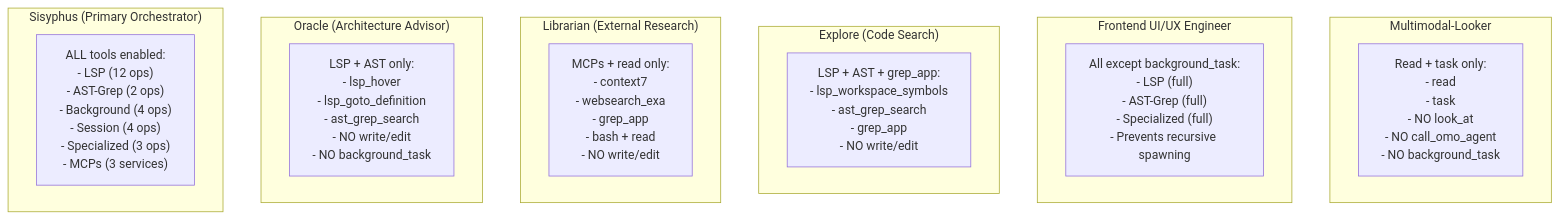
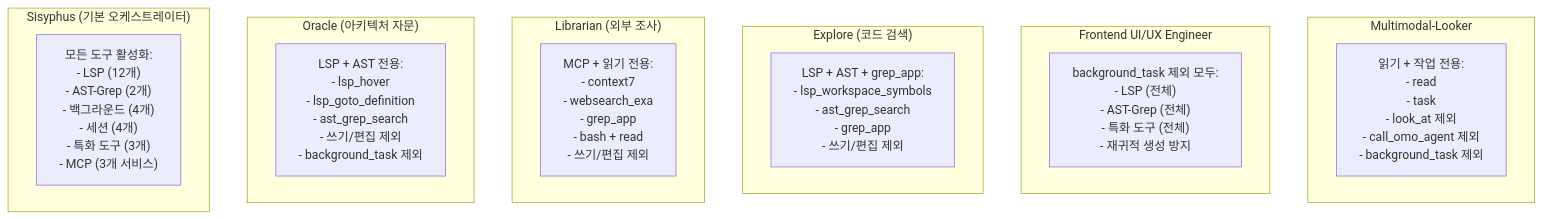
Before and after one commit to felipetruman/oh-my-opencode-docs: the fourth of 7 diagrams in docs/tools/tool-system.md, drawn with Mermaid. The commit also changed other lines of this file and 76 other files, not shown here.

````diff
--- a/docs/tools/tool-system.md
+++ b/docs/tools/tool-system.md
@@ -306,34 +290,34 @@
 ```mermaid
 flowchart TD
 
-MultimodalTools["Read + task only:<br>- read<br>- task<br>- NO look_at<br>- NO call_omo_agent<br>- NO background_task"]
-FrontendTools["All except background_task:<br>- LSP (full)<br>- AST-Grep (full)<br>- Specialized (full)<br>- Prevents recursive spawning"]
-ExploreTools["LSP + AST + grep_app:<br>- lsp_workspace_symbols<br>- ast_grep_search<br>- grep_app<br>- NO write/edit"]
-LibrarianTools["MCPs + read only:<br>- context7<br>- websearch_exa<br>- grep_app<br>- bash + read<br>- NO write/edit"]
-OracleTools["LSP + AST only:<br>- lsp_hover<br>- lsp_goto_definition<br>- ast_grep_search<br>- NO write/edit<br>- NO background_task"]
-SisyphusTools["ALL tools enabled:<br>- LSP (12 ops)<br>- AST-Grep (2 ops)<br>- Background (4 ops)<br>- Session (4 ops)<br>- Specialized (3 ops)<br>- MCPs (3 services)"]
+MultimodalTools["읽기 + 작업 전용:<br>- read<br>- task<br>- look_at 제외<br>- call_omo_agent 제외<br>- background_task 제외"]
+FrontendTools["background_task 제외 모두:<br>- LSP (전체)<br>- AST-Grep (전체)<br>- 특화 도구 (전체)<br>- 재귀적 생성 방지"]
+ExploreTools["LSP + AST + grep_app:<br>- lsp_workspace_symbols<br>- ast_grep_search<br>- grep_app<br>- 쓰기/편집 제외"]
+LibrarianTools["MCP + 읽기 전용:<br>- context7<br>- websearch_exa<br>- grep_app<br>- bash + read<br>- 쓰기/편집 제외"]
+OracleTools["LSP + AST 전용:<br>- lsp_hover<br>- lsp_goto_definition<br>- ast_grep_search<br>- 쓰기/편집 제외<br>- background_task 제외"]
+SisyphusTools["모든 도구 활성화:<br>- LSP (12개)<br>- AST-Grep (2개)<br>- 백그라운드 (4개)<br>- 세션 (4개)<br>- 특화 도구 (3개)<br>- MCP (3개 서비스)"]
 
 subgraph Multimodal ["Multimodal-Looker"]
     MultimodalTools
 end
 
 subgraph Frontend ["Frontend UI/UX Engineer"]
     FrontendTools
 end
 
-subgraph Explore ["Explore (Code Search)"]
+subgraph Explore ["Explore (코드 검색)"]
     ExploreTools
 end
 
-subgraph Librarian ["Librarian (External Research)"]
+subgraph Librarian ["Librarian (외부 조사)"]
     LibrarianTools
 end
 
-subgraph Oracle ["Oracle (Architecture Advisor)"]
+subgraph Oracle ["Oracle (아키텍처 자문)"]
     OracleTools
 end
 
-subgraph Sisyphus ["Sisyphus (Primary Orchestrator)"]
+subgraph Sisyphus ["Sisyphus (기본 오케스트레이터)"]
     SisyphusTools
 end
 ```
````
